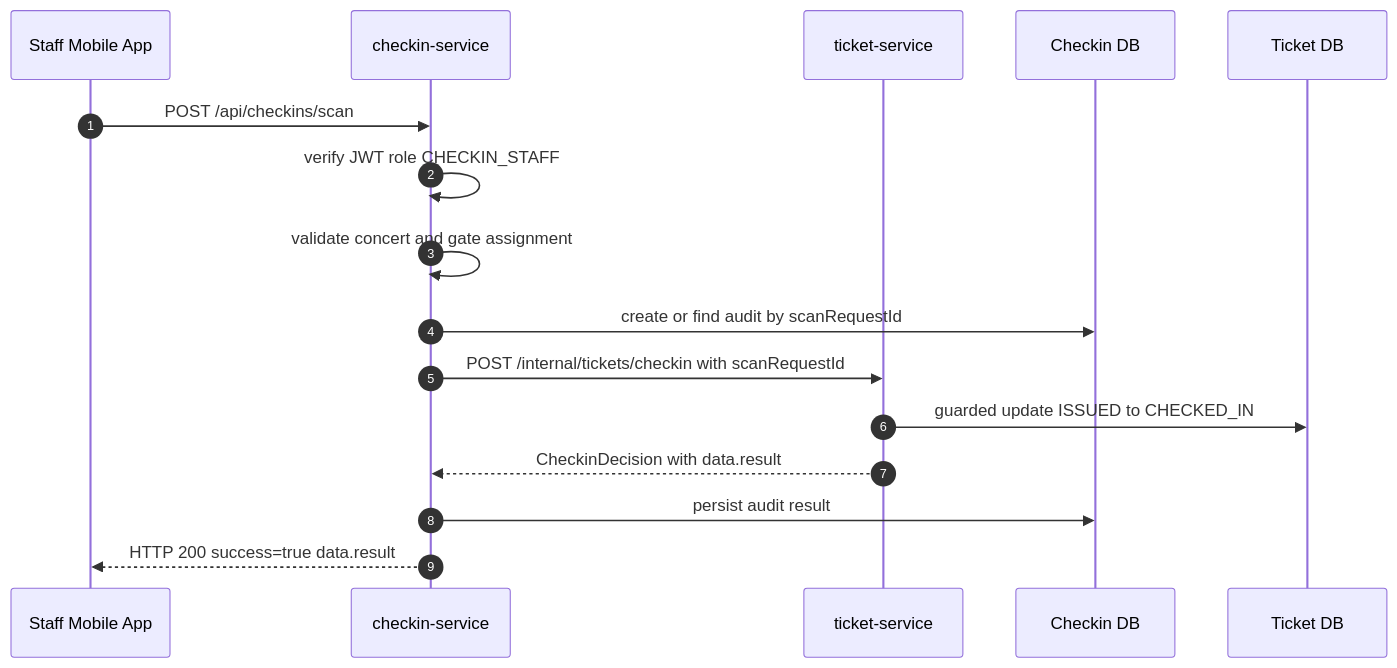
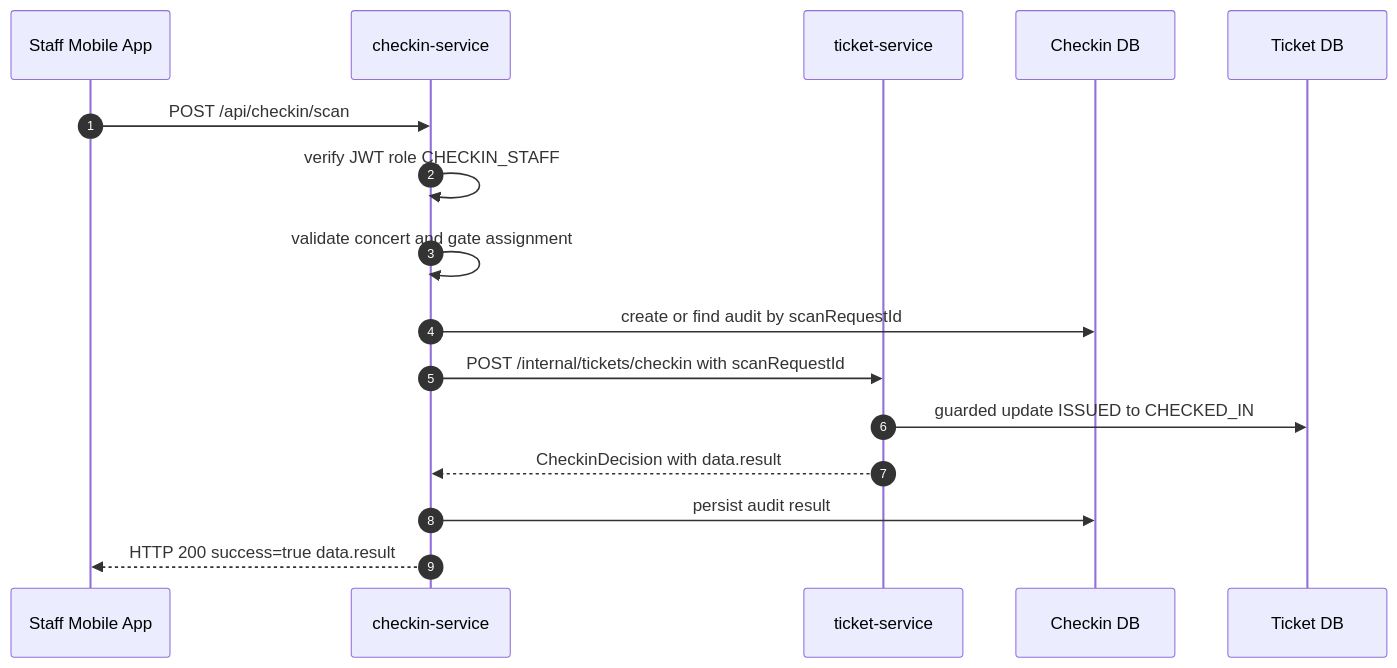
The first of 2 diagrams in docs/contracts/flows/eticket-online-checkin-flow.md (software-design-138gogo/tickefy-backend), drawn with Mermaid before and after one commit. The commit also changed 3 other files, not shown here.

Commit message:
docs: Standardize checkin API paths and port

````diff
--- a/docs/contracts/flows/eticket-online-checkin-flow.md
+++ b/docs/contracts/flows/eticket-online-checkin-flow.md
@@ -43,19 +43,19 @@
 ```mermaid
 sequenceDiagram
     autonumber
     participant Mobile as Staff Mobile App
     participant Checkin as checkin-service
     participant Ticket as ticket-service
     participant CheckinDB as Checkin DB
     participant TicketDB as Ticket DB
 
-    Mobile->>Checkin: POST /api/checkins/scan
+    Mobile->>Checkin: POST /api/checkin/scan
     Checkin->>Checkin: verify JWT role CHECKIN_STAFF
     Checkin->>Checkin: validate concert and gate assignment
     Checkin->>CheckinDB: create or find audit by scanRequestId
     Checkin->>Ticket: POST /internal/tickets/checkin with scanRequestId
     Ticket->>TicketDB: guarded update ISSUED to CHECKED_IN
     Ticket-->>Checkin: CheckinDecision with data.result
     Checkin->>CheckinDB: persist audit result
     Checkin-->>Mobile: HTTP 200 success=true data.result
 ```
````
